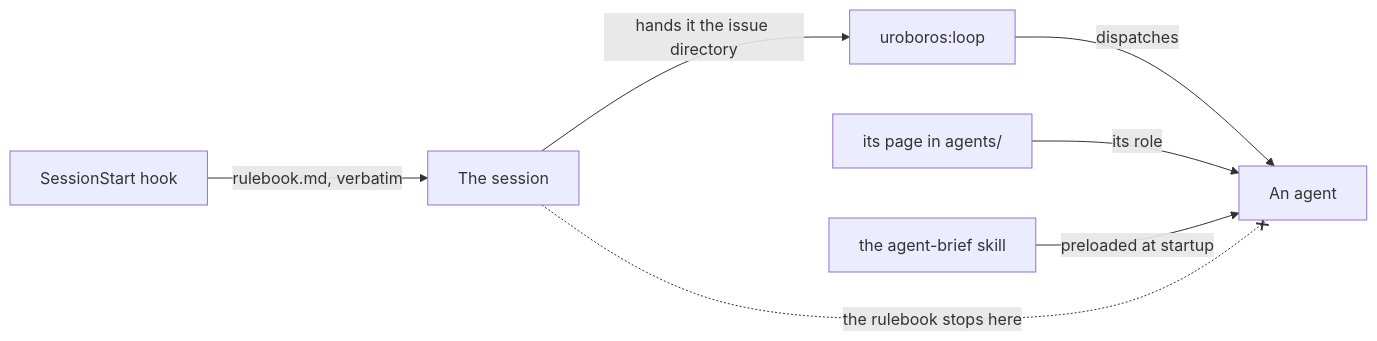
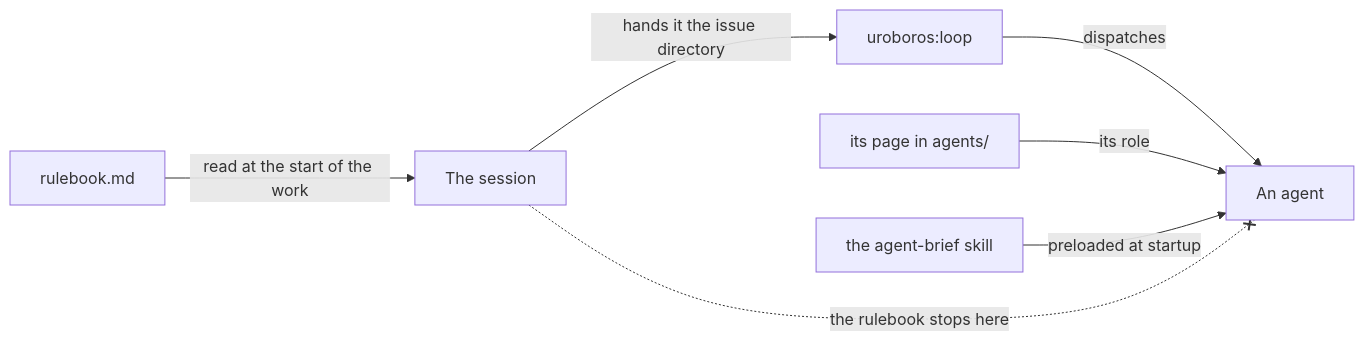
Before and after one commit to artkoenig/athena: the second of 3 diagrams in README.md, drawn with Mermaid. The commit also changed other lines of this file and 9 other files, not shown here.

````diff
--- a/README.md
+++ b/README.md
@@ -112,9 +121,9 @@
 ```mermaid
 flowchart LR
-    HOOK["SessionStart hook"] -->|"rulebook.md, verbatim"| S["The session"]
+    RB["rulebook.md"] -->|"read at the start of the work"| S["The session"]
     S -->|"hands it the issue directory"| WF["uroboros:loop"]
     WF -->|"dispatches"| A["An agent"]
     PAGE["its page in agents/"] -->|"its role"| A
     BRIEF["the agent-brief skill"] -->|"preloaded at startup"| A
     S -. "the rulebook stops here" .-x A
 ```
````
